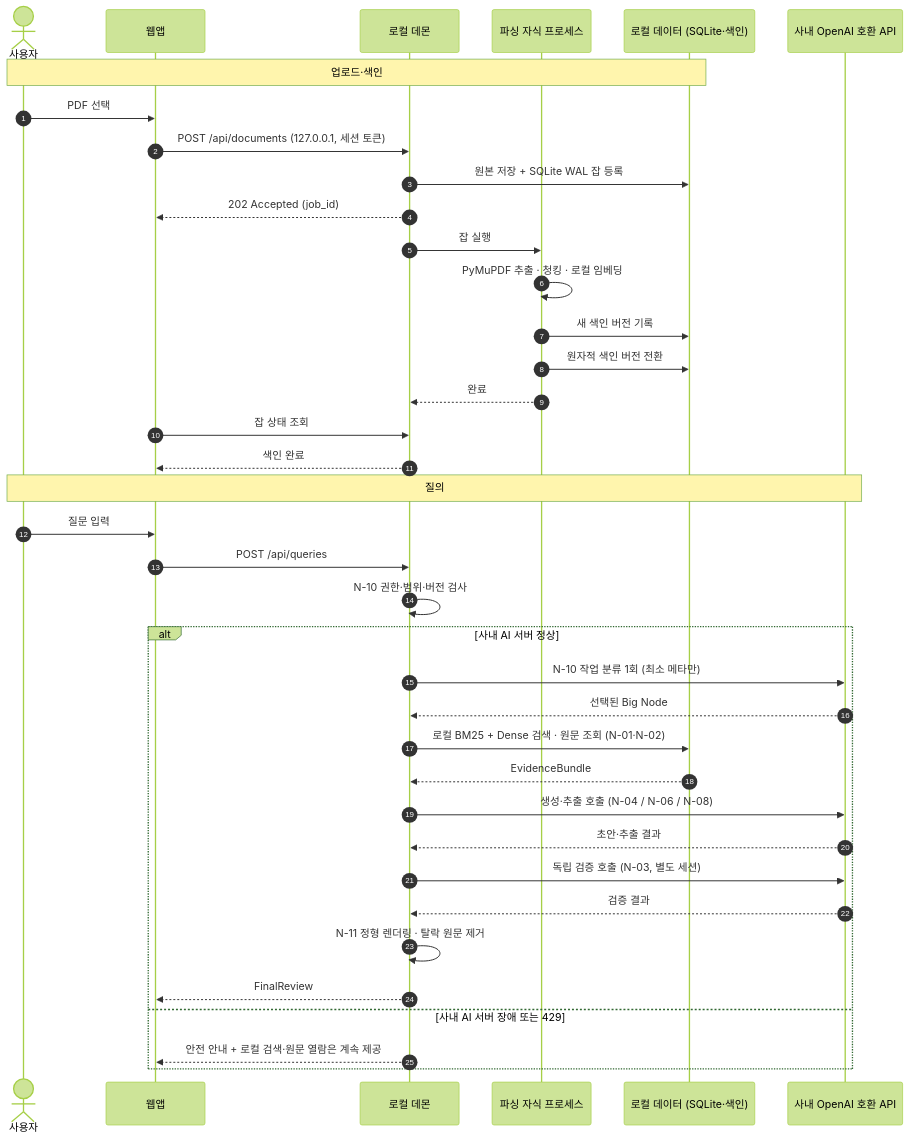
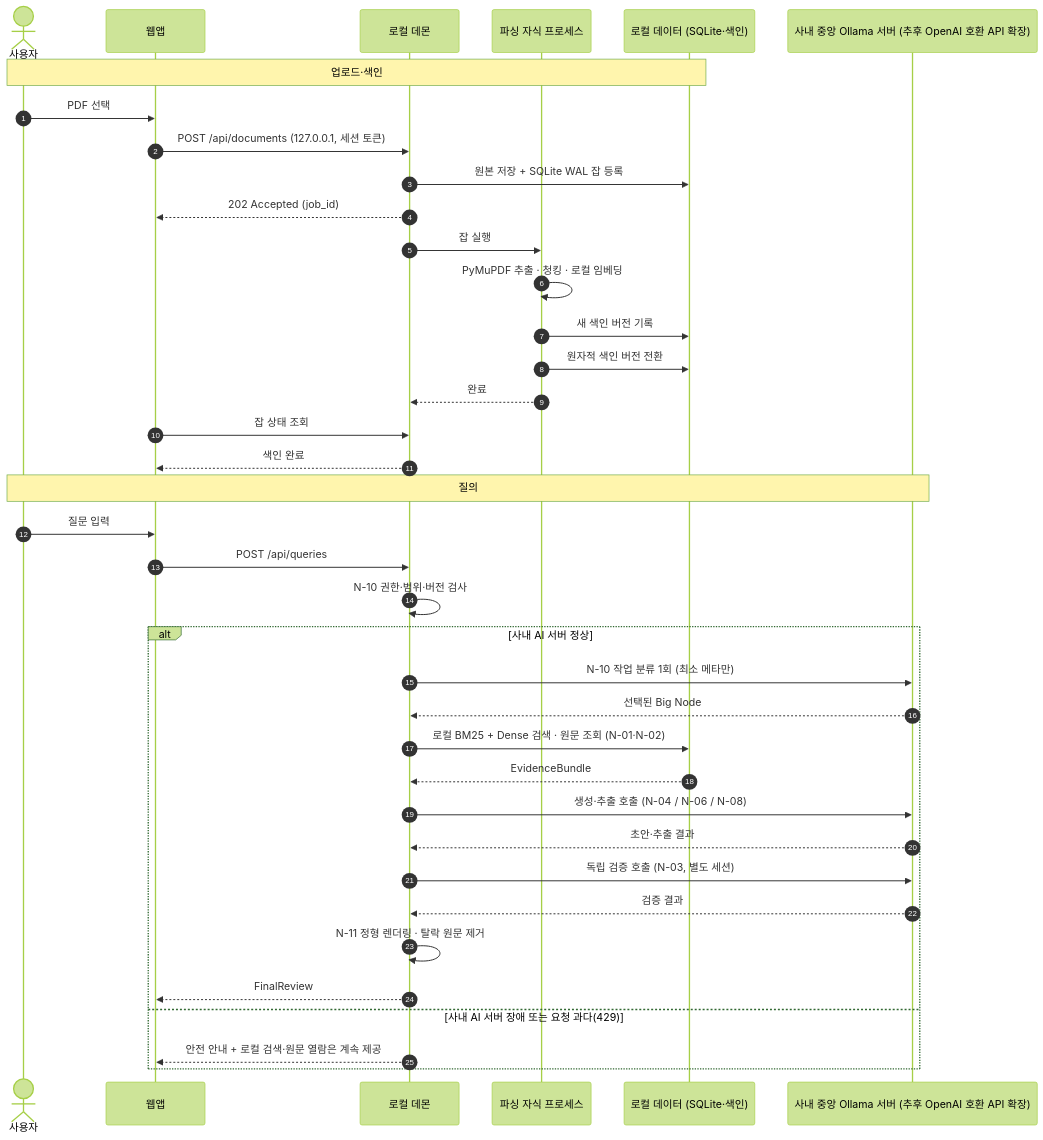
Before and after one commit to Jungminii-1114/ReportAnchor: the third of 3 diagrams in docs/local-daemon-and-deployment.md, drawn with Mermaid (forest theme). The commit also changed other lines of this file and 5 other files, not shown here.

````diff
--- a/docs/local-daemon-and-deployment.md
+++ b/docs/local-daemon-and-deployment.md
@@ -155,42 +156,42 @@
 ```mermaid
 sequenceDiagram
     autonumber
     actor U as 사용자
     participant W as 웹앱
     participant D as 로컬 데몬
     participant J as 파싱 자식 프로세스
     participant L as 로컬 데이터 (SQLite·색인)
-    participant AI as 사내 OpenAI 호환 API
+    participant AI as 사내 중앙 Ollama 서버 (추후 OpenAI 호환 API 확장)
 
     Note over U,L: 업로드·색인
     U->>W: PDF 선택
     W->>D: POST /api/documents (127.0.0.1, 세션 토큰)
     D->>L: 원본 저장 + SQLite WAL 잡 등록
     D-->>W: 202 Accepted (job_id)
     D->>J: 잡 실행
     J->>J: PyMuPDF 추출 · 청킹 · 로컬 임베딩
     J->>L: 새 색인 버전 기록
     J->>L: 원자적 색인 버전 전환
     J-->>D: 완료
     W->>D: 잡 상태 조회
     D-->>W: 색인 완료
 
     Note over U,AI: 질의
     U->>W: 질문 입력
     W->>D: POST /api/queries
     D->>D: N-10 권한·범위·버전 검사
     alt 사내 AI 서버 정상
         D->>AI: N-10 작업 분류 1회 (최소 메타만)
         AI-->>D: 선택된 Big Node
         D->>L: 로컬 BM25 + Dense 검색 · 원문 조회 (N-01·N-02)
         L-->>D: EvidenceBundle
         D->>AI: 생성·추출 호출 (N-04 / N-06 / N-08)
         AI-->>D: 초안·추출 결과
         D->>AI: 독립 검증 호출 (N-03, 별도 세션)
         AI-->>D: 검증 결과
         D->>D: N-11 정형 렌더링 · 탈락 원문 제거
         D-->>W: FinalReview
-    else 사내 AI 서버 장애 또는 429
+    else 사내 AI 서버 장애 또는 요청 과다(429)
         D-->>W: 안전 안내 + 로컬 검색·원문 열람은 계속 제공
     end
 ```
````
